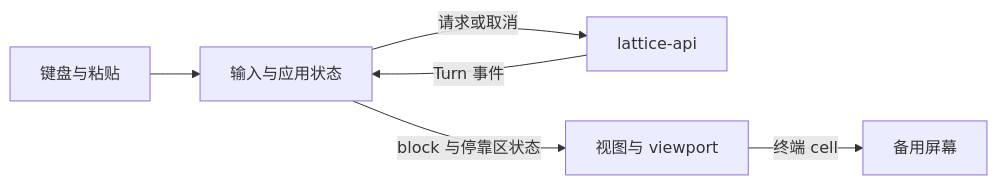
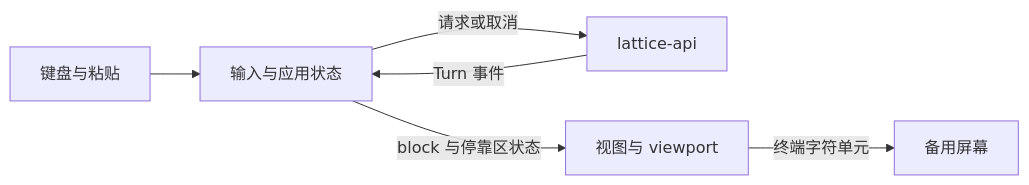
The diagram in docs/architecture/tui.md (Skyline10124/lattice), drawn with Mermaid before and after one commit. The commit also changed other lines of this file and 7 other files, not shown here.

````diff
--- a/docs/architecture/tui.md
+++ b/docs/architecture/tui.md
@@ -31,8 +31,8 @@
 ```mermaid
 flowchart LR
     K["键盘与粘贴"] --> I["输入与应用状态"]
     I -->|请求或取消| A["lattice-api"]
     A -->|Turn 事件| I
     I -->|block 与停靠区状态| V["视图与 viewport"]
-    V -->|终端 cell| T["备用屏幕"]
+    V -->|终端字符单元| T["备用屏幕"]
 ```
````
